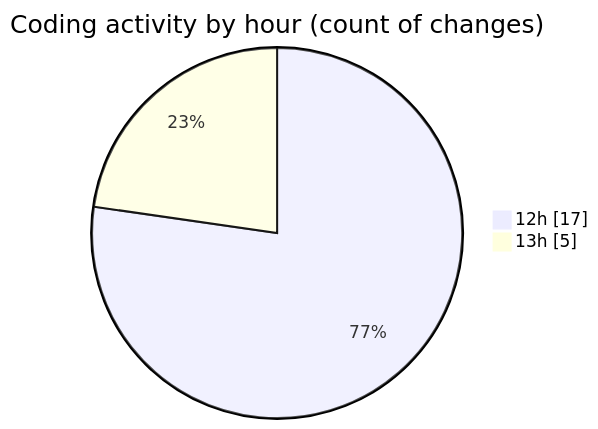
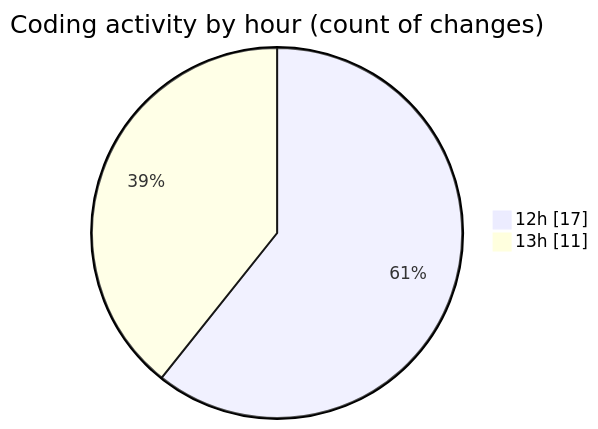
One commit to nxtqubesakshisongat/code-tracking changed the second of 2 diagrams in 2026-03-04/nxtqube_webapp/README.md. Above: the diagram before and after it, drawn with Mermaid. The commit also changed other lines of this file and 1 other file, not shown here.

````diff
--- a/2026-03-04/nxtqube_webapp/README.md
+++ b/2026-03-04/nxtqube_webapp/README.md
@@ -28,6 +28,6 @@
 ```mermaid
 pie showData
 title Coding activity by hour (count of changes)
 "12h" : 17
-"13h" : 5
+"13h" : 11
 ```
````
